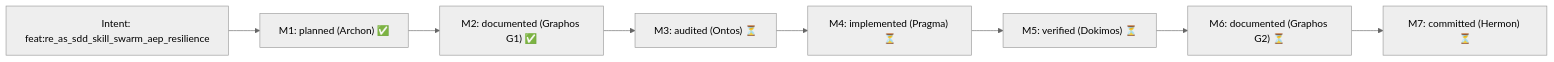
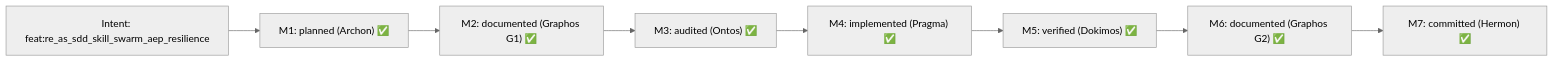
The first of 7 diagrams in README.md (ancrz/skill-swarm-mcp), drawn with Mermaid (neutral theme) before and after one commit. The commit also changed other lines of this file, not shown here.

First line of the commit message:
docs: lint mermaid diagrams, add top navigation anchors, and specify apache 2.0 terms

````diff
--- a/README.md
+++ b/README.md
@@ -34,10 +39,10 @@
 ```mermaid
 flowchart LR
     I["Intent: feat:re_as_sdd_skill_swarm_aep_resilience"] --> M1["M1: planned (Archon) ✅"]
     M1 --> M2["M2: documented (Graphos G1) ✅"]
-    M2 --> M3["M3: audited (Ontos) ⏳"]
-    M3 --> M4["M4: implemented (Pragma) ⏳"]
-    M4 --> M5["M5: verified (Dokimos) ⏳"]
-    M5 --> M6["M6: documented (Graphos G2) ⏳"]
-    M6 --> M7["M7: committed (Hermon) ⏳"]
+    M2 --> M3["M3: audited (Ontos) ✅"]
+    M3 --> M4["M4: implemented (Pragma) ✅"]
+    M4 --> M5["M5: verified (Dokimos) ✅"]
+    M5 --> M6["M6: documented (Graphos G2) ✅"]
+    M6 --> M7["M7: committed (Hermon) ✅"]
 ```
````
